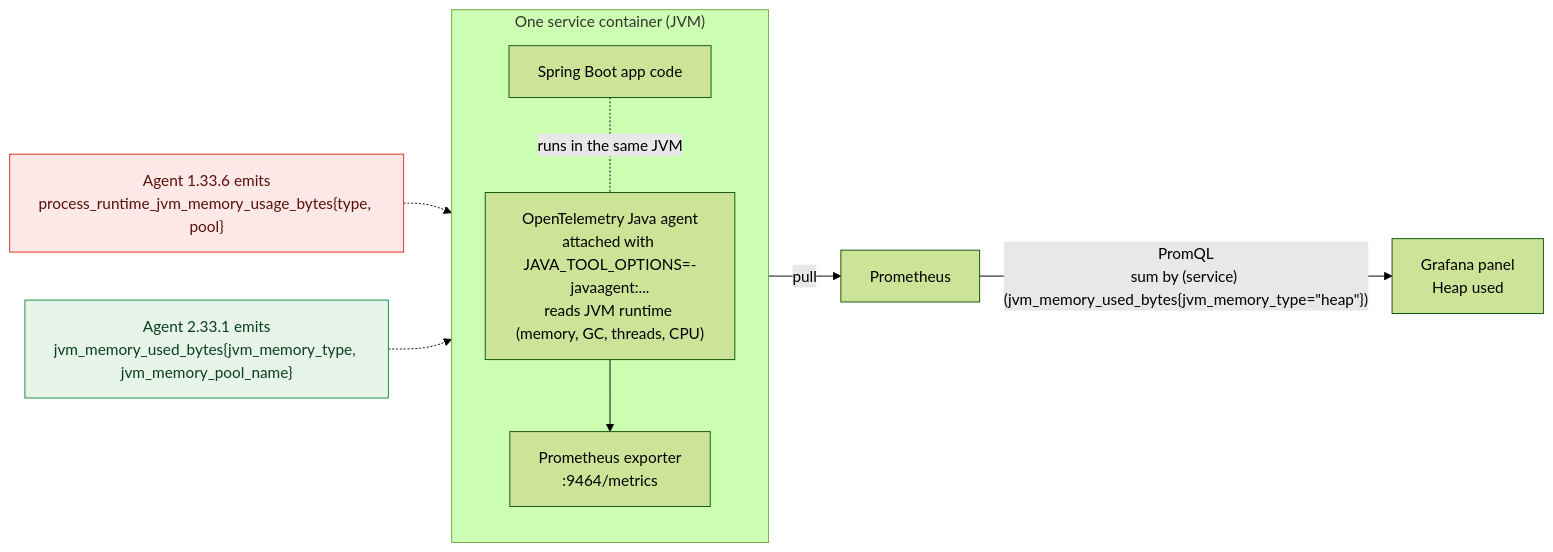
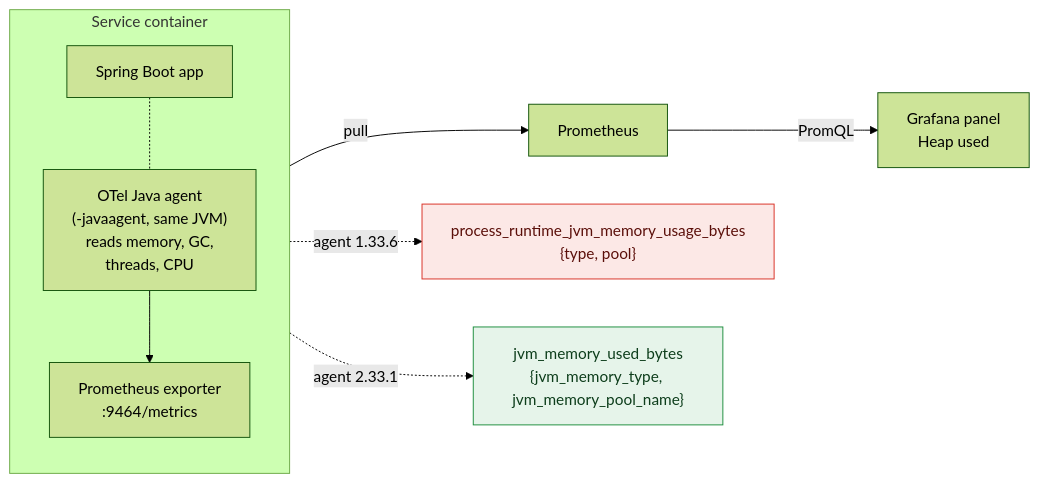
One commit to imenbkr/demo-otel-jvm-schema-drift changed the second of 3 diagrams in README.md. Above: the diagram before and after it, drawn with Mermaid (forest theme). The commit also changed other lines of this file and 6 other files, not shown here.

Commit message:
Fix diagram rendering on GitHub and add PNG exports

````diff
--- a/README.md
+++ b/README.md
@@ -56,21 +58,19 @@
 ```mermaid
 flowchart LR
-  subgraph jvm["One service container (JVM)"]
+  subgraph jvm["Service container"]
     direction TB
-    code["Spring Boot app code"]
-    agent["OpenTelemetry Java agent<br/>attached with JAVA_TOOL_OPTIONS=-javaagent:...<br/>reads JVM runtime (memory, GC, threads, CPU)"]
+    code["Spring Boot app"]
+    agent["OTel Java agent<br/>(-javaagent, same JVM)<br/>reads memory, GC,<br/>threads, CPU"]
     exp["Prometheus exporter<br/>:9464/metrics"]
-    code -.runs in the same JVM.- agent
+    code -.- agent
     agent --> exp
   end
   exp -->|pull| prom["Prometheus"]
-  prom -->|"PromQL<br/>sum by (service) (jvm_memory_used_bytes{jvm_memory_type=&quot;heap&quot;})"| graf["Grafana panel<br/>Heap used"]
+  prom -->|PromQL| graf["Grafana panel<br/>Heap used"]
 
-  v1["Agent 1.33.6 emits<br/>process_runtime_jvm_memory_usage_bytes{type, pool}"]:::old
-  v2["Agent 2.33.1 emits<br/>jvm_memory_used_bytes{jvm_memory_type, jvm_memory_pool_name}"]:::new
-  v1 -.-> exp
-  v2 -.-> exp
+  exp -.->|"agent 1.33.6"| v1["process_runtime_jvm_memory_usage_bytes<br/>{type, pool}"]:::old
+  exp -.->|"agent 2.33.1"| v2["jvm_memory_used_bytes<br/>{jvm_memory_type, jvm_memory_pool_name}"]:::new
 
   classDef old fill:#fce8e6,stroke:#d93025,color:#5b0f0a
   classDef new fill:#e6f4ea,stroke:#1e8e3e,color:#0d3d1b
 ```
````
